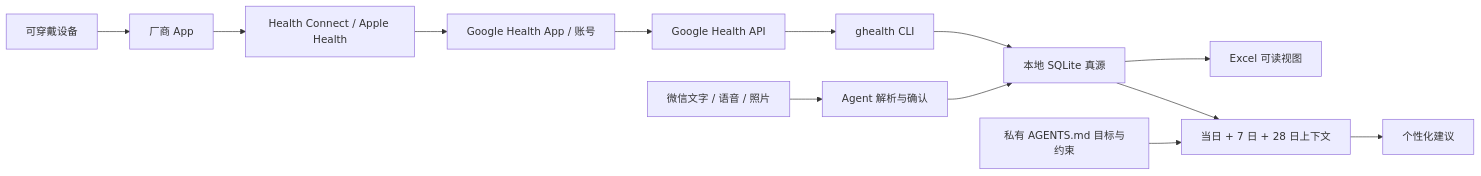
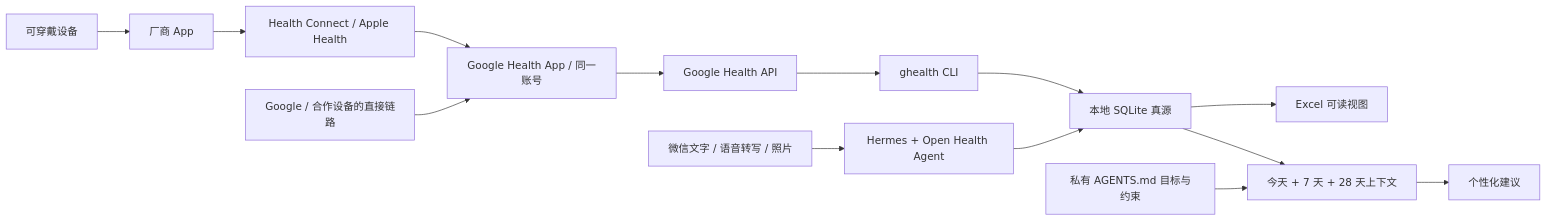
One commit to w2478328197-arch/open-health-agent changed the diagram in README.md. Above: the diagram before and after it, drawn with Mermaid. The commit also changed other lines of this file and 6 other files, not shown here.

````diff
--- a/README.md
+++ b/README.md
@@ -33,15 +33,16 @@
 ```mermaid
 flowchart LR
     W["可穿戴设备"] --> M["厂商 App"]
     M --> H["Health Connect / Apple Health"]
-    H --> G["Google Health App / 账号"]
+    H --> G["Google Health App / 同一账号"]
+    D["Google / 合作设备的直接链路"] --> G
     G --> API["Google Health API"]
-    API --> CLI["ghealth CLI"]
-    CLI --> DB["本地 SQLite 真源"]
-    WX["微信文字 / 语音 / 照片"] --> A["Agent 解析与确认"]
+    API --> GH["ghealth CLI"]
+    GH --> DB["本地 SQLite 真源"]
+    WX["微信文字 / 语音转写 / 照片"] --> A["Hermes + Open Health Agent"]
     A --> DB
     DB --> X["Excel 可读视图"]
-    DB --> C["当日 + 7 日 + 28 日上下文"]
+    DB --> C["今天 + 7 天 + 28 天上下文"]
     R["私有 AGENTS.md 目标与约束"] --> C
     C --> P["个性化建议"]
 ```
````
